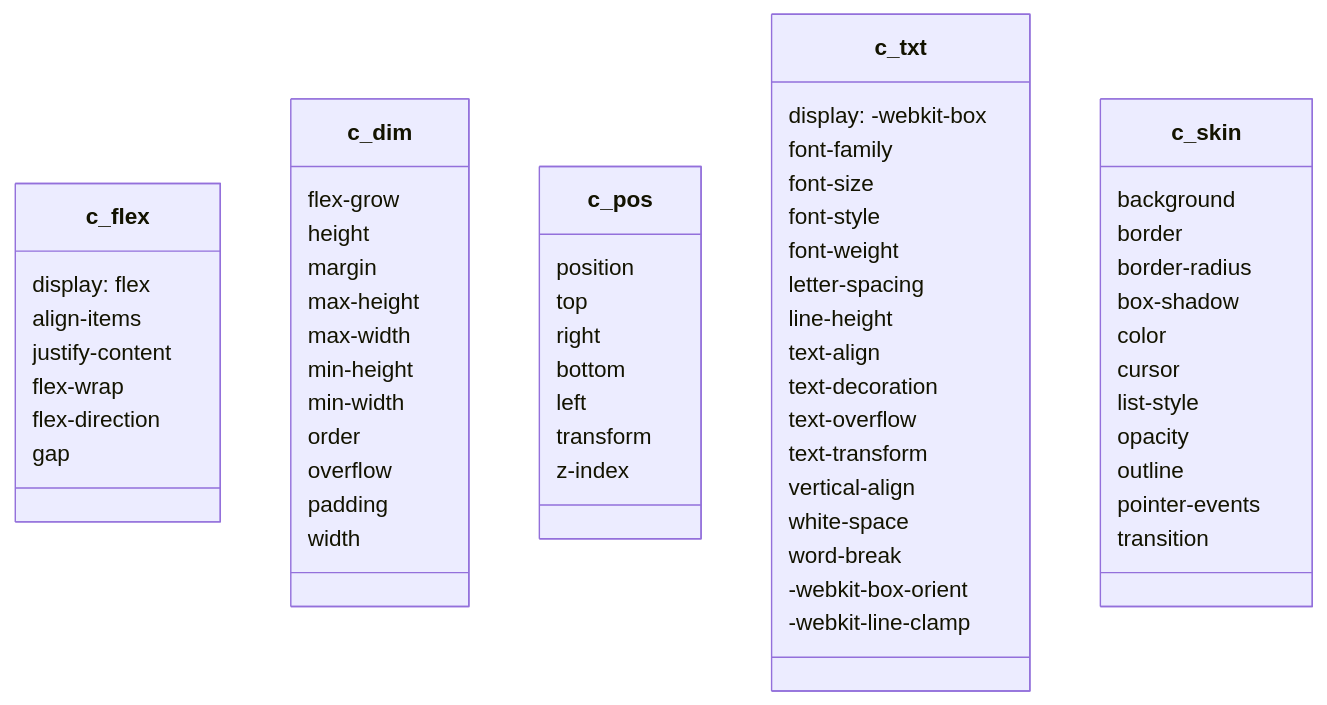
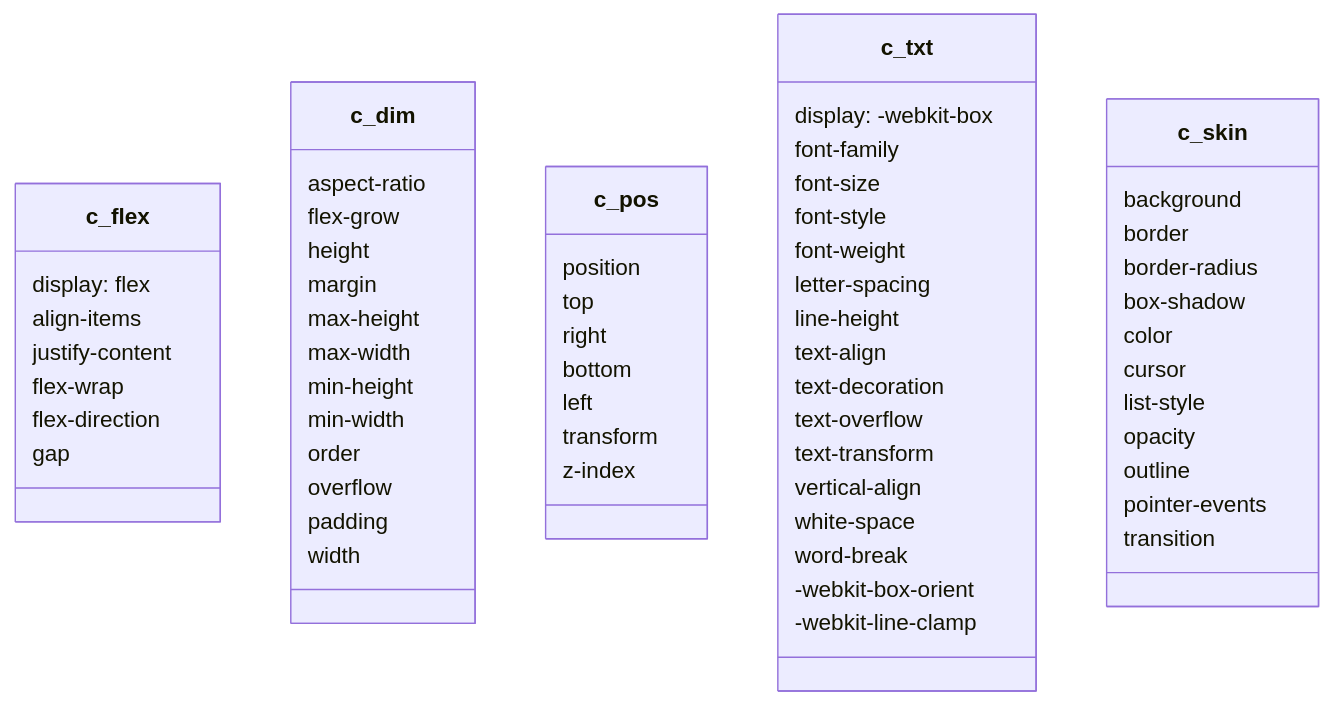
One commit to ita-design-system/starter-template changed the second of 2 diagrams in README.md. Above: the diagram before and after it, drawn with Mermaid. The commit also changed other lines of this file, not shown here.

Commit message:
Ajout diagramme et tableau

````diff
--- a/README.md
+++ b/README.md
@@ -136,64 +136,65 @@
 ```mermaid
 classDiagram
     class c_flex {
         display: flex
         align-items
         justify-content
         flex-wrap
         flex-direction
         gap
     }
     class c_dim {
+        aspect-ratio
         flex-grow
         height
         margin
         max-height
         max-width
         min-height
         min-width
         order
         overflow
         padding
         width
     }
     class c_pos {
         position
         top
         right
         bottom
         left
         transform
         z-index
     }
     class c_txt {
         display: -webkit-box
         font-family
         font-size
         font-style
         font-weight
         letter-spacing
         line-height
         text-align
         text-decoration
         text-overflow
         text-transform
         vertical-align
         white-space
         word-break
         -webkit-box-orient
         -webkit-line-clamp
     }
     class c_skin {
         background
         border
         border-radius
         box-shadow
         color
         cursor
         list-style
         opacity
         outline
         pointer-events
         transition
     }
  ```
````
